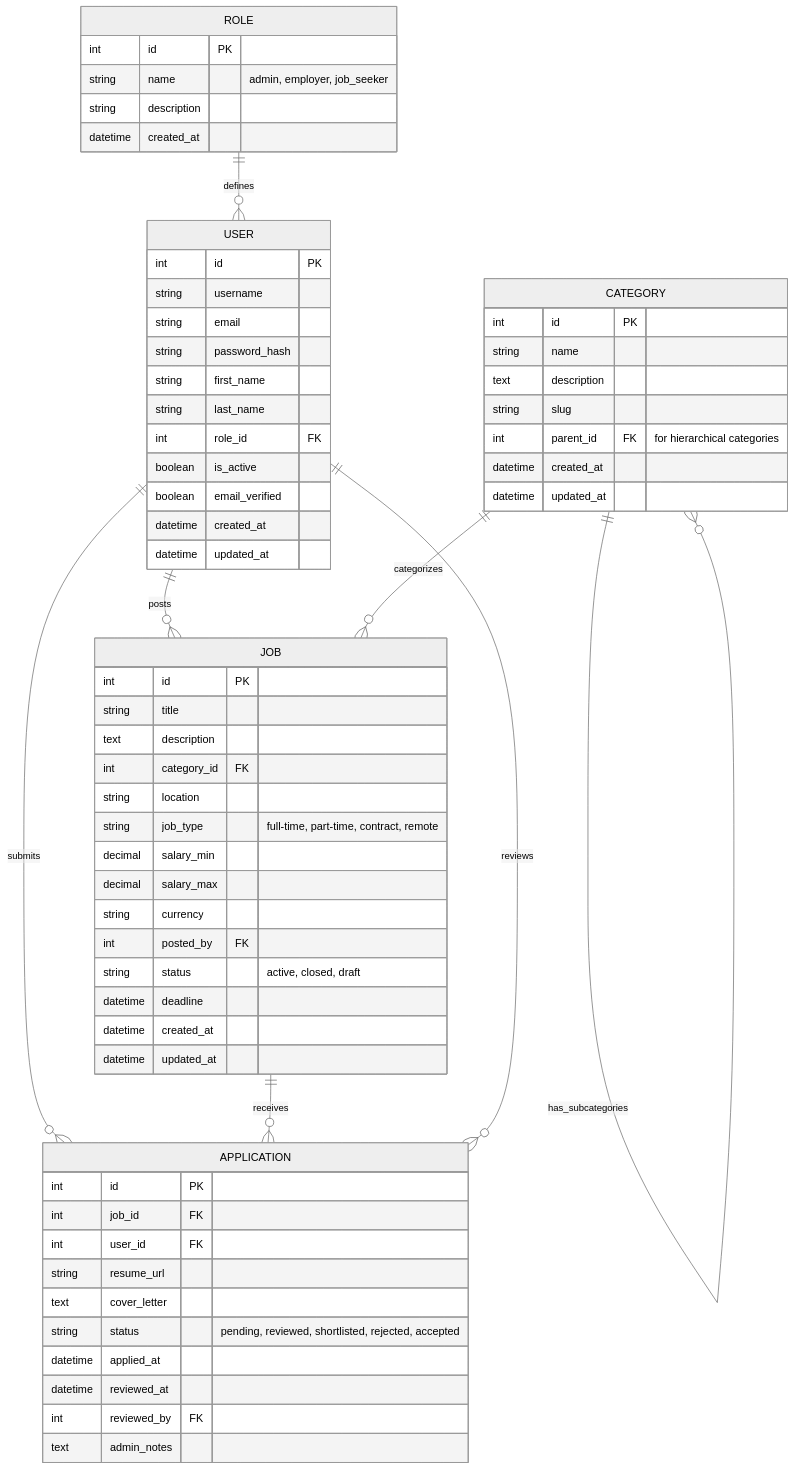
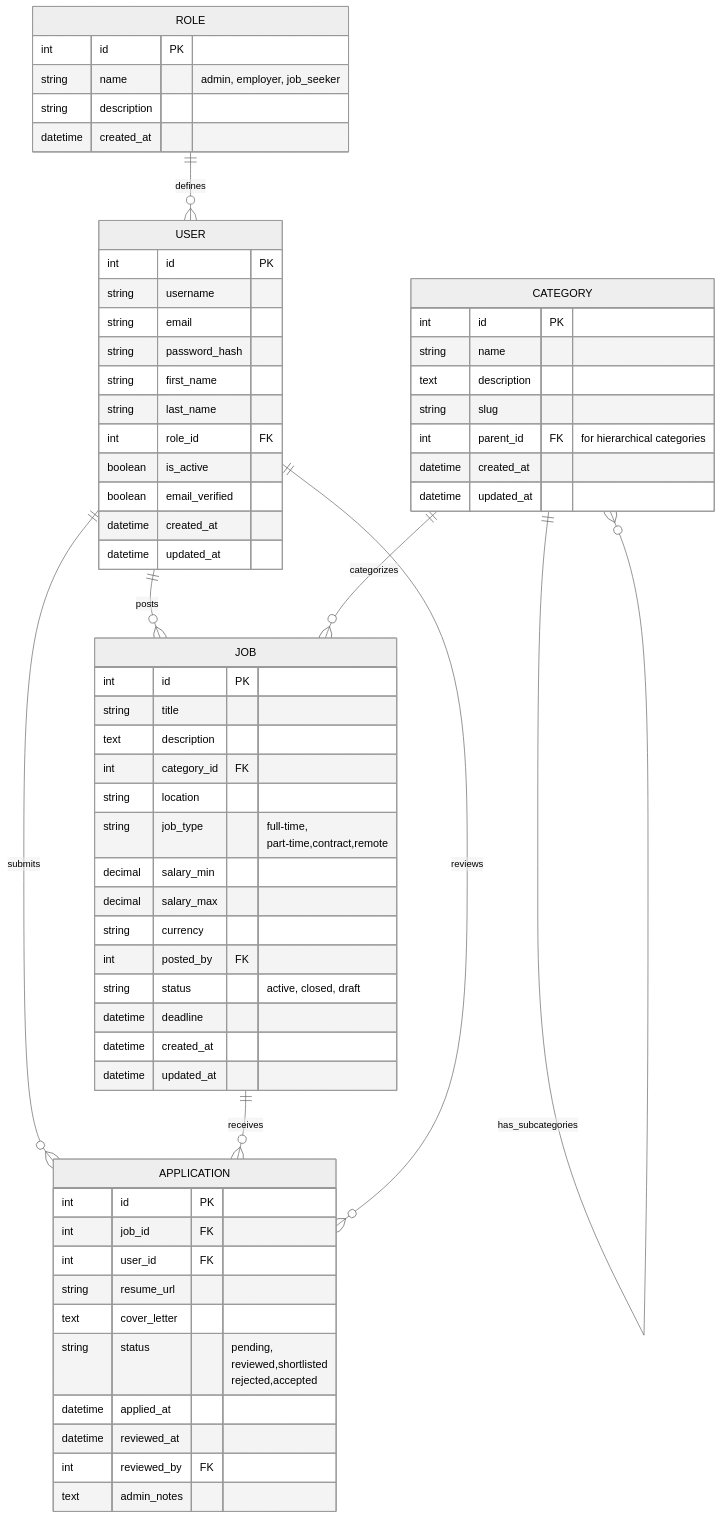
The diagram in README.md (Martin-Mawien/alx-project-nexus-), drawn with Mermaid (neutral theme) before and after one commit. The commit also changed other lines of this file, not shown here.

````diff
--- a/README.md
+++ b/README.md
@@ -125,71 +125,75 @@
 ```mermaid
 erDiagram
     USER {
         int id PK
         string username
         string email
         string password_hash
         string first_name
         string last_name
         int role_id FK
         boolean is_active
         boolean email_verified
         datetime created_at
         datetime updated_at
     }
     
     ROLE {
         int id PK
         string name "admin, employer, job_seeker"
         string description
         datetime created_at
     }
 
     JOB {
         int id PK
         string title
         text description
         int category_id FK
         string location
-        string job_type "full-time, part-time, contract, remote"
+        string job_type "full-time,
+        part-time,contract,remote"
         decimal salary_min
         decimal salary_max
         string currency
         int posted_by FK
         string status "active, closed, draft"
         datetime deadline
         datetime created_at
         datetime updated_at
     }
 
     CATEGORY {
         int id PK
         string name
         text description
         string slug
-        int parent_id FK "for hierarchical categories"
+        int parent_id FK
+       "for hierarchical categories"
         datetime created_at
         datetime updated_at
     }
 
     APPLICATION {
         int id PK
         int job_id FK
         int user_id FK
         string resume_url
         text cover_letter
-        string status "pending, reviewed, shortlisted, rejected, accepted"
+        string status "pending,
+        reviewed,shortlisted
+        rejected,accepted"
         datetime applied_at
         datetime reviewed_at
         int reviewed_by FK
         text admin_notes
     }
     
     USER ||--o{ APPLICATION : "submits"
     USER ||--o{ JOB : "posts"
     JOB ||--o{ APPLICATION : "receives"
     CATEGORY ||--o{ JOB : "categorizes"
     CATEGORY ||--o{ CATEGORY : "has_subcategories"
     ROLE ||--o{ USER : "defines"
     USER ||--o{ APPLICATION : "reviews"
 ```
````
